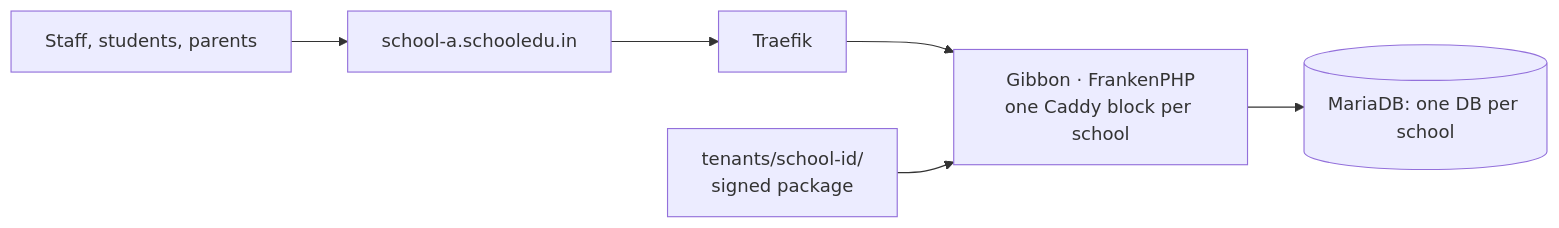
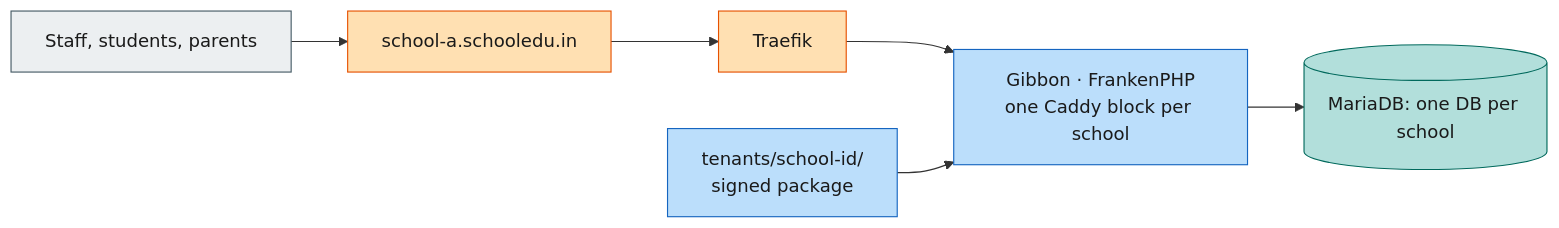
Before and after one commit to varunpathania86/nigu-lite: the diagram in edu/README.md, drawn with Mermaid. The commit also changed 38 other files, not shown here.

````diff
--- a/edu/README.md
+++ b/edu/README.md
@@ -8,7 +8,15 @@
 ```mermaid
 flowchart LR
   U["Staff, students, parents"] --> H["school-a.schooledu.in"] --> T[Traefik]
   T --> G["Gibbon · FrankenPHP<br/>one Caddy block per school"]
   G --> D[("MariaDB: one DB per school")]
   P["tenants/school-id/<br/>signed package"] --> G
+  class U user
+  class H,T edge
+  class G,P app
+  class D data
+  classDef user fill:#eceff1,stroke:#455a64,color:#1a1a1a
+  classDef edge fill:#ffe0b2,stroke:#e65100,color:#1a1a1a
+  classDef app fill:#bbdefb,stroke:#1565c0,color:#1a1a1a
+  classDef data fill:#b2dfdb,stroke:#00695c,color:#1a1a1a
 ```
````
